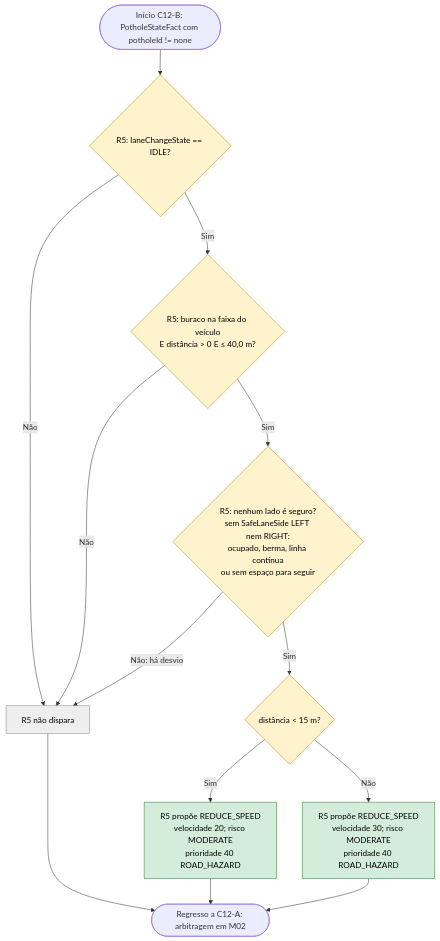
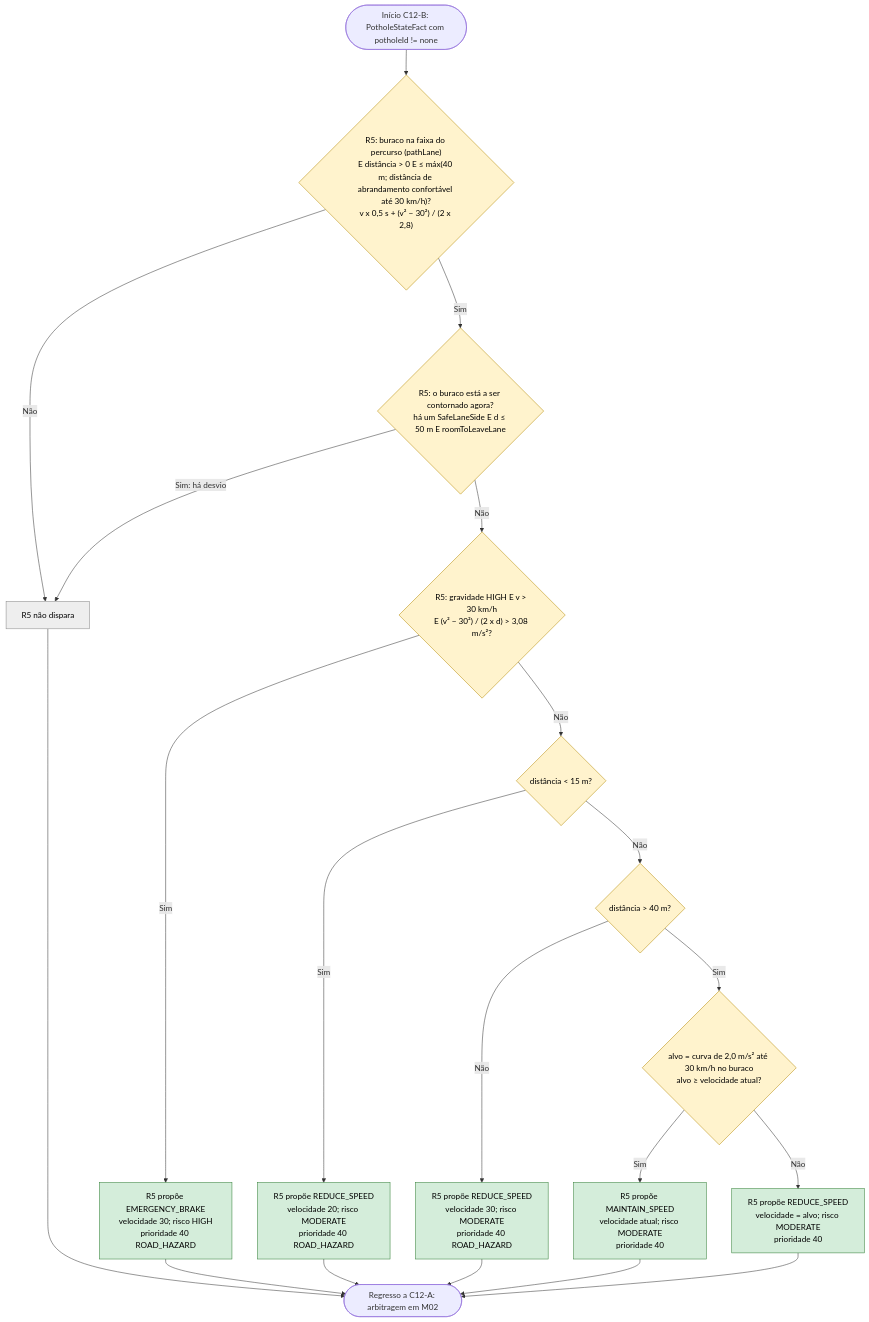
The second of 2 diagrams in docs/fluxogramas/C12-buraco-na-via.md (1-2Drive/projeto-1), drawn with Mermaid before and after one commit. The commit also changed other lines of this file and 38 other files, not shown here.

````diff
--- a/docs/fluxogramas/C12-buraco-na-via.md
+++ b/docs/fluxogramas/C12-buraco-na-via.md
@@ -62,23 +64,30 @@
 ```mermaid
 flowchart TD
-    C12B_S(["Início C12-B: PotholeStateFact com potholeId != none"]) --> C12B_D1{"R5: laneChangeState == IDLE?"}
-    C12B_D1 -- "Não" --> C12B_X["R5 não dispara"]
-    C12B_D1 -- "Sim" --> C12B_D2{"R5: buraco na faixa do veículo<br/>E distância #gt; 0 E ≤ 40,0 m?"}
-    C12B_D2 -- "Não" --> C12B_X
-    C12B_D2 -- "Sim" --> C12B_D3{"R5: nenhum lado é seguro?<br/>sem SafeLaneSide LEFT nem RIGHT:<br/>ocupado, berma, linha contínua<br/>ou sem espaço para seguir"}
-    C12B_D3 -- "Não: há desvio" --> C12B_X
-    C12B_D3 -- "Sim" --> C12B_D7{"distância #lt; 15 m?"}
+    C12B_S(["Início C12-B: PotholeStateFact com potholeId != none"]) --> C12B_D2{"R5: buraco na faixa do percurso (pathLane)<br/>E distância #gt; 0 E ≤ máx(40 m; distância de abrandamento confortável até 30 km/h)?<br/>v x 0,5 s + (v² − 30²) / (2 x 2,8)"}
+    C12B_D2 -- "Não" --> C12B_X["R5 não dispara"]
+    C12B_D2 -- "Sim" --> C12B_D3{"R5: o buraco está a ser contornado agora?<br/>há um SafeLaneSide E d ≤ 50 m E roomToLeaveLane"}
+    C12B_D3 -- "Sim: há desvio" --> C12B_X
+    C12B_D3 -- "Não" --> C12B_D4{"R5: gravidade HIGH E v #gt; 30 km/h<br/>E (v² − 30²) / (2 x d) #gt; 3,08 m/s²?"}
+    C12B_D4 -- "Sim" --> C12B_P0["R5 propõe EMERGENCY_BRAKE<br/>velocidade 30; risco HIGH<br/>prioridade 40 ROAD_HAZARD"]
+    C12B_D4 -- "Não" --> C12B_D7{"distância #lt; 15 m?"}
     C12B_D7 -- "Sim" --> C12B_P1["R5 propõe REDUCE_SPEED<br/>velocidade 20; risco MODERATE<br/>prioridade 40 ROAD_HAZARD"]
-    C12B_D7 -- "Não" --> C12B_P2["R5 propõe REDUCE_SPEED<br/>velocidade 30; risco MODERATE<br/>prioridade 40 ROAD_HAZARD"]
-    C12B_P1 --> C12B_E(["Regresso a C12-A: arbitragem em M02"])
+    C12B_D7 -- "Não" --> C12B_D8{"distância #gt; 40 m?"}
+    C12B_D8 -- "Não" --> C12B_P2["R5 propõe REDUCE_SPEED<br/>velocidade 30; risco MODERATE<br/>prioridade 40 ROAD_HAZARD"]
+    C12B_D8 -- "Sim" --> C12B_D9{"alvo = curva de 2,0 m/s² até 30 km/h no buraco<br/>alvo ≥ velocidade atual?"}
+    C12B_D9 -- "Sim" --> C12B_P3["R5 propõe MAINTAIN_SPEED<br/>velocidade atual; risco MODERATE<br/>prioridade 40"]
+    C12B_D9 -- "Não" --> C12B_P4["R5 propõe REDUCE_SPEED<br/>velocidade = alvo; risco MODERATE<br/>prioridade 40"]
+    C12B_P0 --> C12B_E(["Regresso a C12-A: arbitragem em M02"])
+    C12B_P1 --> C12B_E
     C12B_P2 --> C12B_E
+    C12B_P3 --> C12B_E
+    C12B_P4 --> C12B_E
     C12B_X --> C12B_E
 
     classDef prob fill:#e53935,stroke:#7f0000,stroke-width:3px,color:#fff
     classDef dec fill:#fff3cd,stroke:#b58900,color:#000
     classDef prop fill:#d4edda,stroke:#2e7d32,color:#000
     classDef nao fill:#eeeeee,stroke:#888888,color:#000
-    class C12B_D1,C12B_D2,C12B_D3,C12B_D7 dec
-    class C12B_P1,C12B_P2 prop
+    class C12B_D2,C12B_D3,C12B_D4,C12B_D7,C12B_D8,C12B_D9 dec
+    class C12B_P0,C12B_P1,C12B_P2,C12B_P3,C12B_P4 prop
     class C12B_X nao
 ```
````
